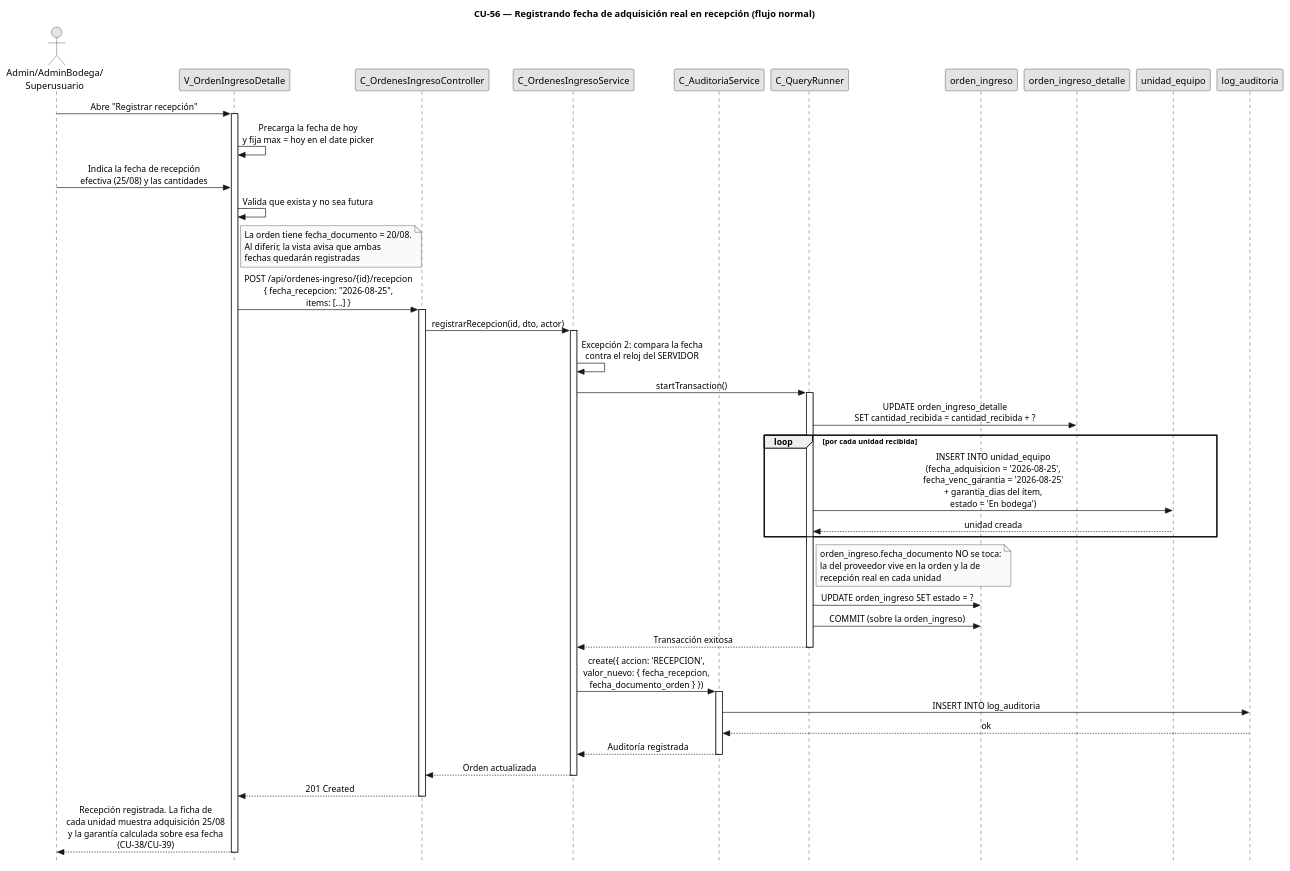
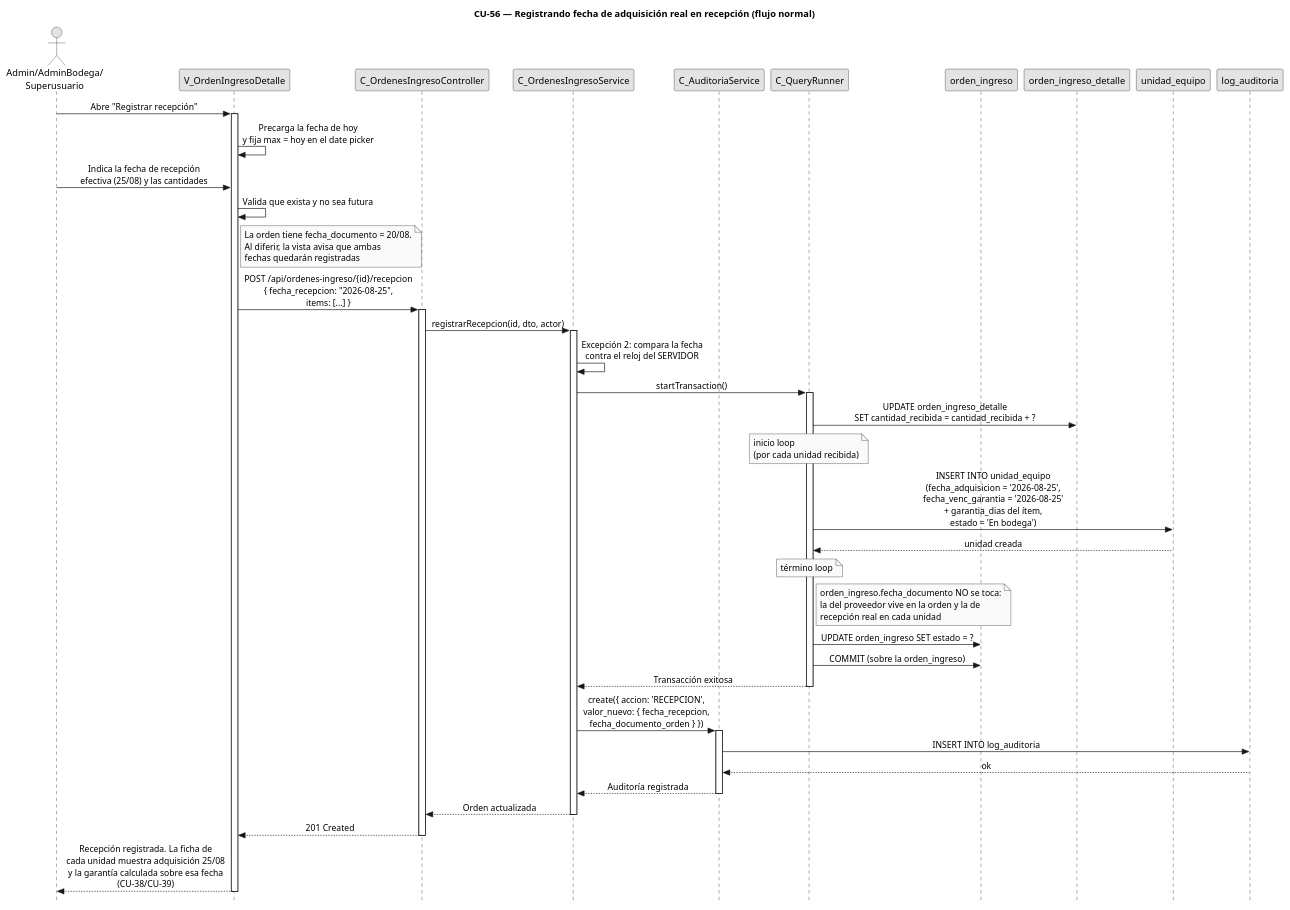
The diagram in diagramas/diagramas-secuencia/CU56/CU56-normal.puml (FSM-Finet-y-Cable-Magico/Team_1-Inventario-y-Bodega), drawn with PlantUML before and after one commit. The commit also changed 21 other files, not shown here.

First line of the commit message:
docs(diagramas): retornos trazables en CU-54/57 y loops sin rectángulo (notas inicio/término)

```diff
--- a/diagramas/diagramas-secuencia/CU56/CU56-normal.puml
+++ b/diagramas/diagramas-secuencia/CU56/CU56-normal.puml
@@ -1,96 +1,96 @@
 @startuml CU56-FechaAdquisicionReal-Normal
 title CU-56 — Registrando fecha de adquisición real en recepción (flujo normal)
 
 skinparam style strictuml
 skinparam monochrome true
 skinparam shadowing false
 skinparam sequenceMessageAlign center
 <style>
 sequenceDiagram {
   participant {
     margin 35
   }
   actor {
     margin 15
   }
 }
 </style>
 skinparam sequence {
   MessageAlign center
   LifeLineBorderColor black
 }
 hide footbox
 
 actor "Admin/AdminBodega/\nSuperusuario" as user
 participant "V_OrdenIngresoDetalle" as view
 participant "C_OrdenesIngresoController" as ctrl
 participant "C_OrdenesIngresoService" as svc
 participant "C_AuditoriaService" as aud
 participant "C_QueryRunner" as qr
 participant "orden_ingreso" as oing
 participant "orden_ingreso_detalle" as odet
 participant "log_auditoria" as aent
 participant "unidad_equipo" as uent
 participant "log_auditoria" as aent
 
 user -> view : Abre "Registrar recepción"
 activate view
 
 view -> view : Precarga la fecha de hoy\ny fija max = hoy en el date picker
 
 user -> view : Indica la fecha de recepción\nefectiva (25/08) y las cantidades
 
 view -> view : Valida que exista y no sea futura
 
 note right of view
   La orden tiene fecha_documento = 20/08.
   Al diferir, la vista avisa que ambas
   fechas quedarán registradas
 end note
 
 view -> ctrl : POST /api/ordenes-ingreso/{id}/recepcion\n{ fecha_recepcion: "2026-08-25",\nitems: [...] }
 activate ctrl
 
 ctrl -> svc : registrarRecepcion(id, dto, actor)
 activate svc
 
 svc -> svc : Excepción 2: compara la fecha\ncontra el reloj del SERVIDOR
 
 svc -> qr : startTransaction()
 activate qr
 
 qr -> odet : UPDATE orden_ingreso_detalle\nSET cantidad_recibida = cantidad_recibida + ?
 
-loop por cada unidad recibida
+note over qr : inicio loop\n(por cada unidad recibida)
   qr -> uent : INSERT INTO unidad_equipo\n(fecha_adquisicion = '2026-08-25',\nfecha_venc_garantia = '2026-08-25'\n+ garantia_dias del ítem,\nestado = 'En bodega')
   uent --> qr : unidad creada
-end
+note over qr : término loop
 
 note right of qr
   orden_ingreso.fecha_documento NO se toca:
   la del proveedor vive en la orden y la de
   recepción real en cada unidad
 end note
 
 qr -> oing : UPDATE orden_ingreso SET estado = ?
 qr -> oing :COMMIT (sobre la orden_ingreso)
 qr --> svc : Transacción exitosa
 deactivate qr
 
 svc -> aud : create({ accion: 'RECEPCION',\nvalor_nuevo: { fecha_recepcion,\nfecha_documento_orden } })
 activate aud
 aud -> aent : INSERT INTO log_auditoria
 aent --> aud : ok
 aud --> svc : Auditoría registrada
 deactivate aud
 
 svc --> ctrl : Orden actualizada
 deactivate svc
 
 ctrl --> view : 201 Created
 deactivate ctrl
 
 view --> user : Recepción registrada. La ficha de\ncada unidad muestra adquisición 25/08\ny la garantía calculada sobre esa fecha\n(CU-38/CU-39)
 deactivate view
 
 @enduml
```
